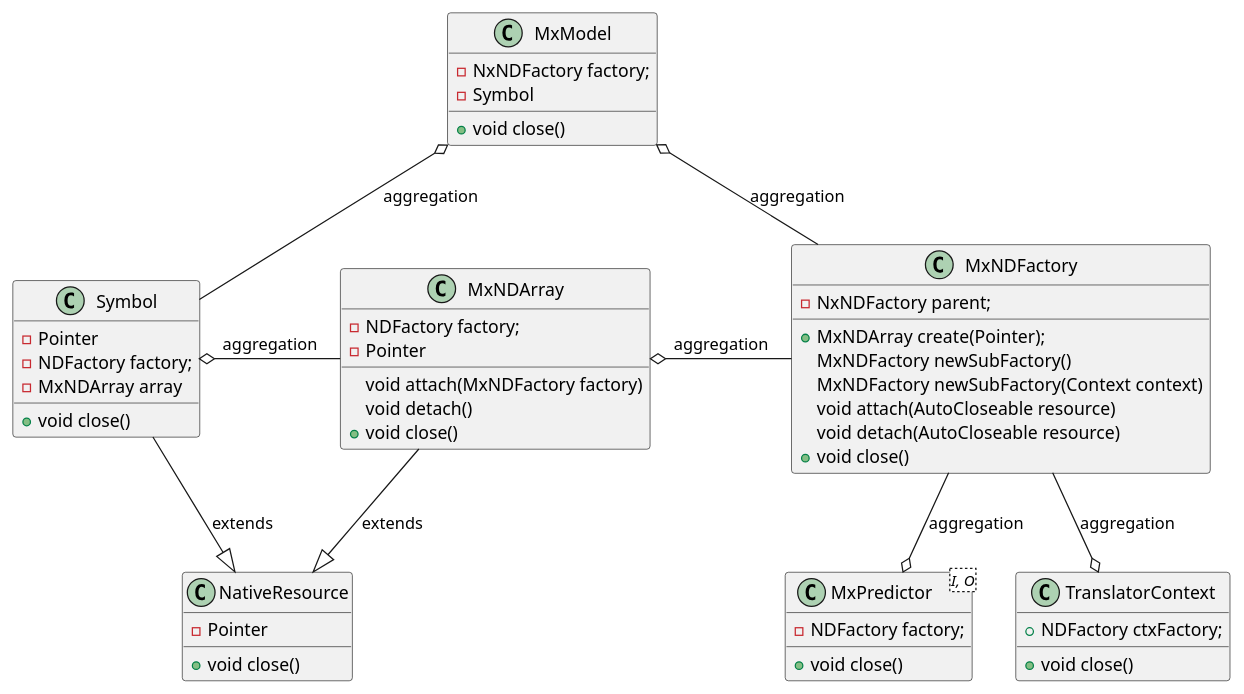
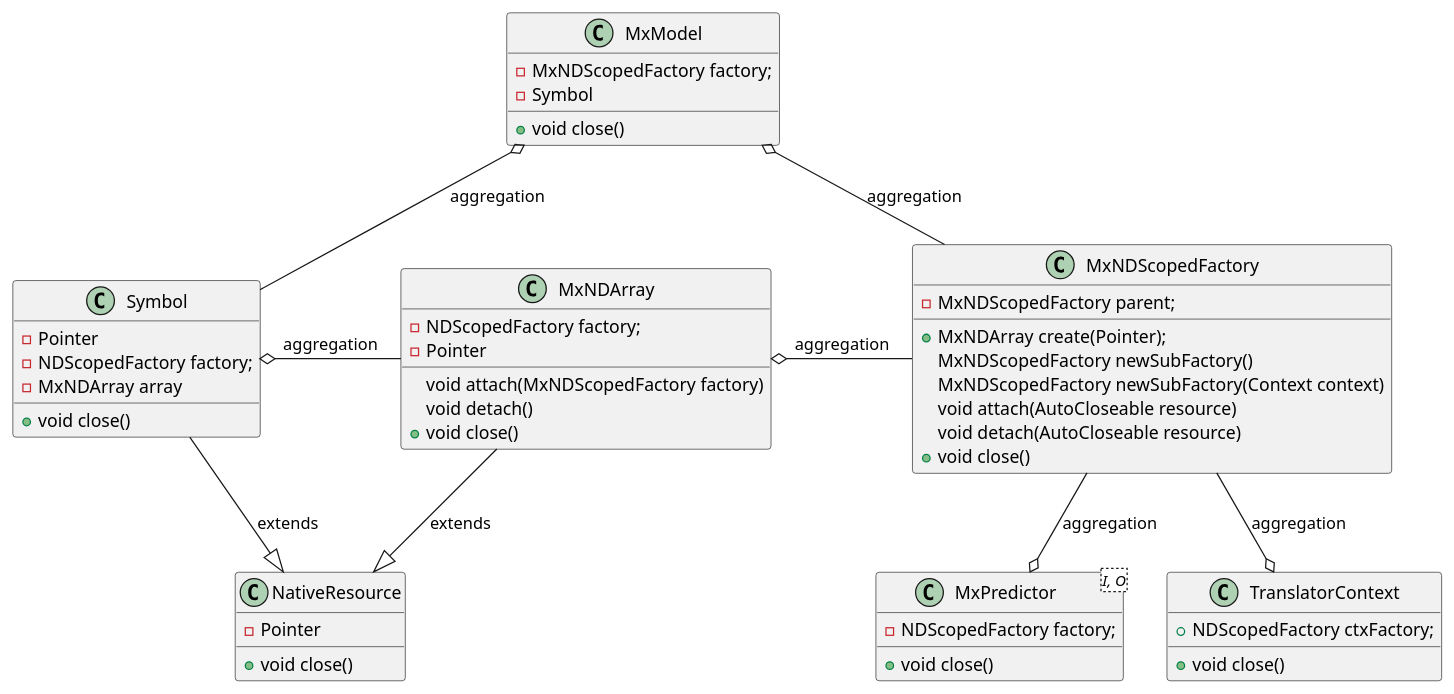
Before and after one commit to deepjavalibrary/djl: the diagram in mxnet/src/main/uml/mxnet.puml, drawn with PlantUML. The commit also changed 29 other files, not shown here.

Commit message:
Rename NDFactory to NDScopedFactory

```diff
--- a/mxnet/src/main/uml/mxnet.puml
+++ b/mxnet/src/main/uml/mxnet.puml
@@ -1,62 +1,62 @@
 @startuml
 class MxModel {
-    -NxNDFactory factory;
+    -MxNDScopedFactory factory;
     -Symbol
     +void close()
 }
 
 class MxPredictor<I, O> {
-    -NDFactory factory;
+    -NDScopedFactory factory;
     +void close()
 }
 
 class TranslatorContext {
-    +NDFactory ctxFactory;
+    +NDScopedFactory ctxFactory;
     +void close()
 }
 
-class MxNDFactory {
-    -NxNDFactory parent;
+class MxNDScopedFactory {
+    -MxNDScopedFactory parent;
     +MxNDArray create(Pointer);
-    MxNDFactory newSubFactory()
-    MxNDFactory newSubFactory(Context context)
+    MxNDScopedFactory newSubFactory()
+    MxNDScopedFactory newSubFactory(Context context)
     void attach(AutoCloseable resource)
     void detach(AutoCloseable resource)
     +void close()
 }
 
 class MxNDArray {
-    -NDFactory factory;
+    -NDScopedFactory factory;
     -Pointer
-    void attach(MxNDFactory factory)
+    void attach(MxNDScopedFactory factory)
     void detach()
     +void close()
 }
 
 class NativeResource {
     -Pointer
     +void close()
 }
 
 class Symbol {
     -Pointer
-    -NDFactory factory;
+    -NDScopedFactory factory;
     -MxNDArray array
     +void close()
 }
 
 MxModel o-- Symbol : aggregation
-MxModel o-- MxNDFactory : aggregation
+MxModel o-- MxNDScopedFactory : aggregation
 Symbol o-right- MxNDArray : aggregation
 
 MxNDArray --|> NativeResource : extends
 Symbol --|> NativeResource : extends
 
 
-MxNDArray o-right- MxNDFactory : aggregation
-MxPredictor o-up- MxNDFactory : aggregation
-TranslatorContext o-up- MxNDFactory : aggregation
+MxNDArray o-right- MxNDScopedFactory : aggregation
+MxPredictor o-up- MxNDScopedFactory : aggregation
+TranslatorContext o-up- MxNDScopedFactory : aggregation
 
 
 
 @enduml
```
